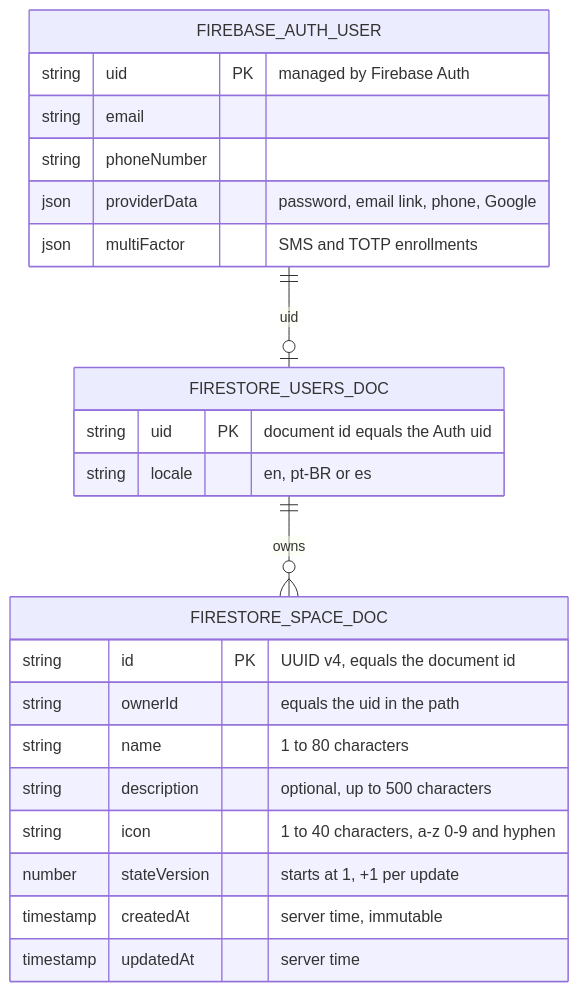
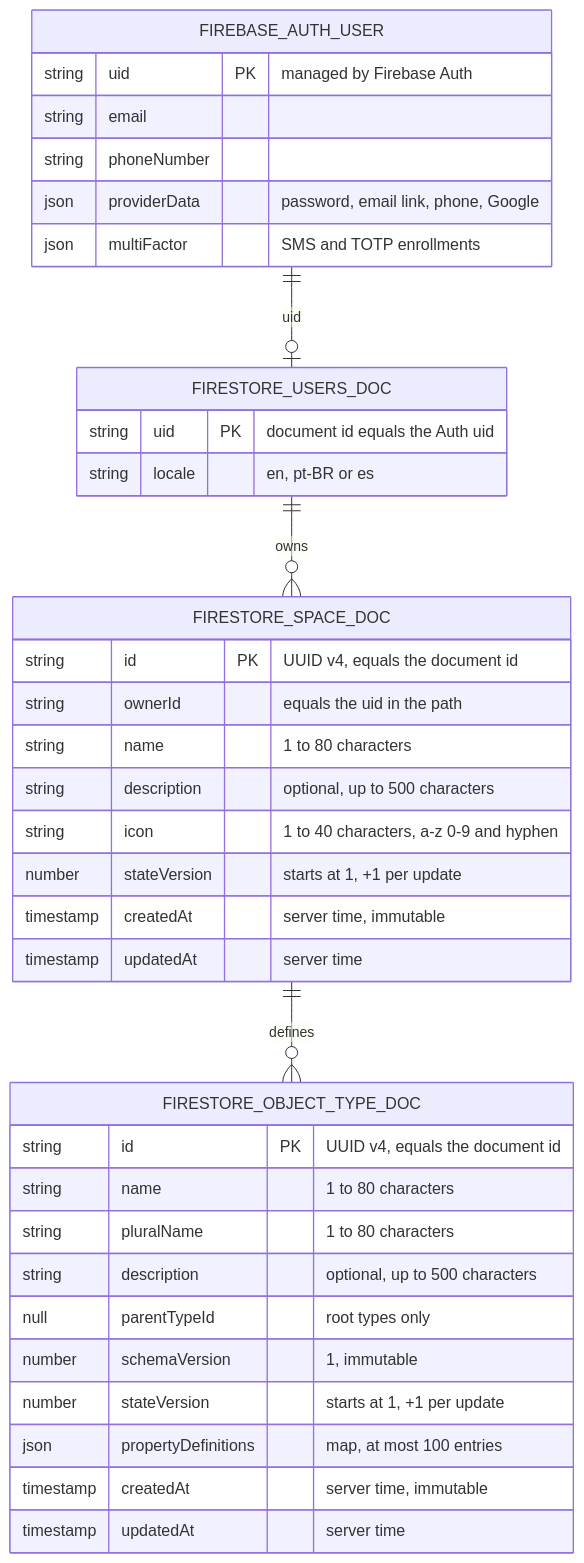
One commit to ianmaciel7/notes-app changed the diagram in DER.md. Above: the diagram before and after it, drawn with Mermaid. The commit also changed other lines of this file and 20 other files, not shown here.

Commit message:
docs: align architecture, standards, security and ADRs with the domain/client/data/actions layout

````diff
--- a/DER.md
+++ b/DER.md
@@ -17,29 +20,43 @@
 ```mermaid
 erDiagram
     FIREBASE_AUTH_USER ||--o| FIRESTORE_USERS_DOC : "uid"
     FIRESTORE_USERS_DOC ||--o{ FIRESTORE_SPACE_DOC : "owns"
+    FIRESTORE_SPACE_DOC ||--o{ FIRESTORE_OBJECT_TYPE_DOC : "defines"
 
     FIREBASE_AUTH_USER {
         string uid PK "managed by Firebase Auth"
         string email
         string phoneNumber
         json providerData "password, email link, phone, Google"
         json multiFactor "SMS and TOTP enrollments"
     }
 
     FIRESTORE_USERS_DOC {
         string uid PK "document id equals the Auth uid"
         string locale "en, pt-BR or es"
     }
 
     FIRESTORE_SPACE_DOC {
         string id PK "UUID v4, equals the document id"
         string ownerId "equals the uid in the path"
         string name "1 to 80 characters"
         string description "optional, up to 500 characters"
         string icon "1 to 40 characters, a-z 0-9 and hyphen"
         number stateVersion "starts at 1, +1 per update"
         timestamp createdAt "server time, immutable"
         timestamp updatedAt "server time"
     }
+
+    FIRESTORE_OBJECT_TYPE_DOC {
+        string id PK "UUID v4, equals the document id"
+        string name "1 to 80 characters"
+        string pluralName "1 to 80 characters"
+        string description "optional, up to 500 characters"
+        null parentTypeId "root types only"
+        number schemaVersion "1, immutable"
+        number stateVersion "starts at 1, +1 per update"
+        json propertyDefinitions "map, at most 100 entries"
+        timestamp createdAt "server time, immutable"
+        timestamp updatedAt "server time"
+    }
 ```
````
